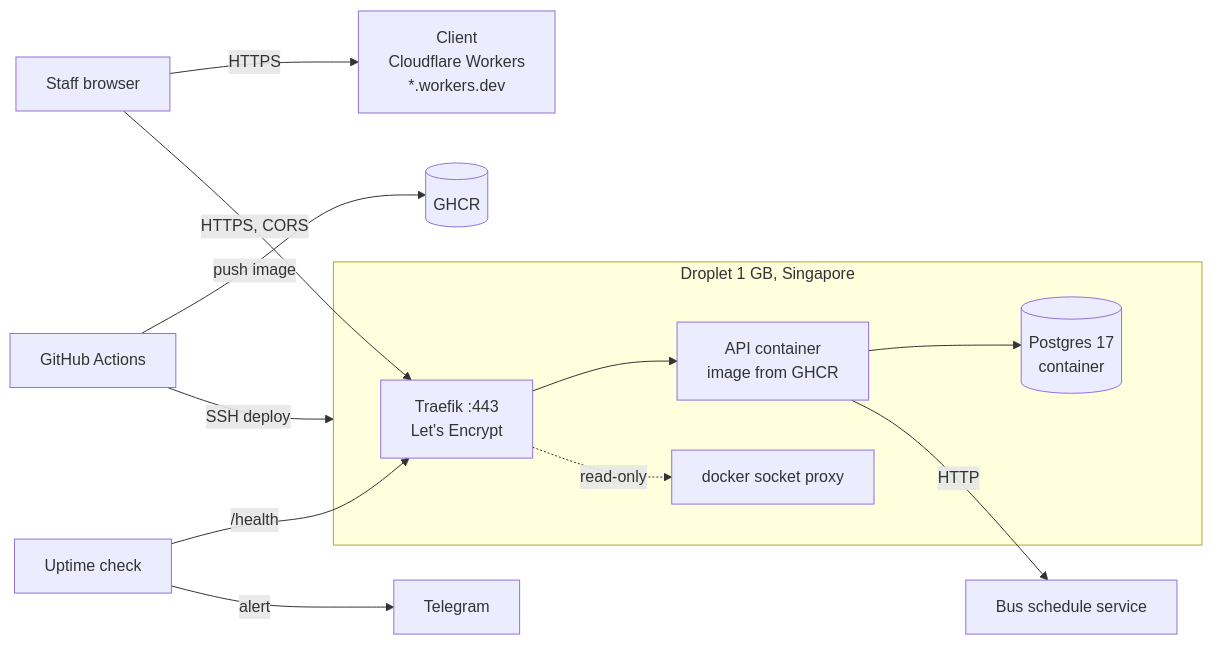
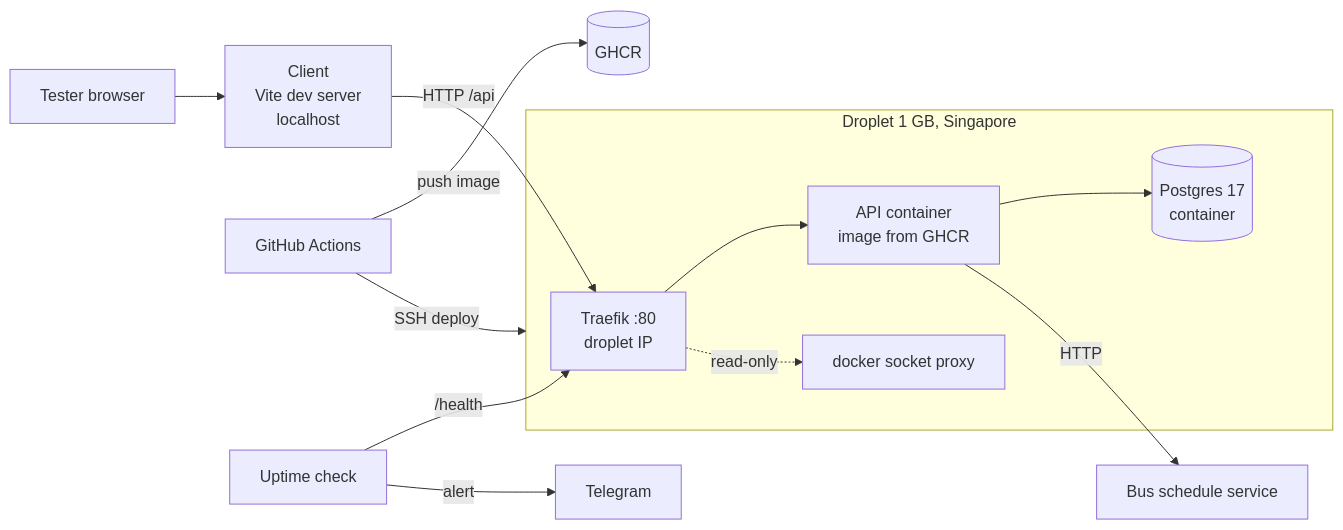
One commit to chanphiromsok/ex changed the first of 4 diagrams in docs/system-design.md. Above: the diagram before and after it, drawn with Mermaid. The commit also changed other lines of this file and 3 other files, not shown here.

Commit message:
Docs: rewrite ADR-0011 (client always same-origin, no CORS); align docs

````diff
--- a/docs/system-design.md
+++ b/docs/system-design.md
@@ -31,15 +31,15 @@
 ```mermaid
 flowchart LR
-    U[Staff browser] -->|HTTPS| W[Client<br/>Cloudflare Workers<br/>*.workers.dev]
-    U -->|HTTPS, CORS| T
+    U[Tester browser] --> V[Client<br/>Vite dev server<br/>localhost]
+    V -->|HTTP /api| T
     subgraph D[Droplet 1 GB, Singapore]
-      T[Traefik :443<br/>Let's Encrypt] --> A[API container<br/>image from GHCR]
+      T[Traefik :80<br/>droplet IP] --> A[API container<br/>image from GHCR]
       A --> P[(Postgres 17<br/>container)]
       T -. read-only .-> SP[docker socket proxy]
     end
     A -->|HTTP| SCH[Bus schedule service]
     GH[GitHub Actions] -->|push image| GHCR[(GHCR)]
     GH -->|SSH deploy| D
     UP[Uptime check] -->|/health| T
     UP -->|alert| TG[Telegram]
 ```
````
